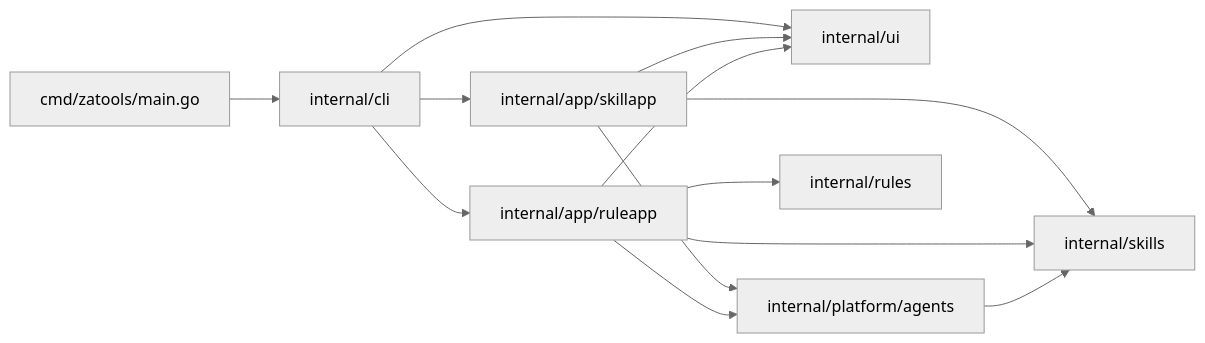
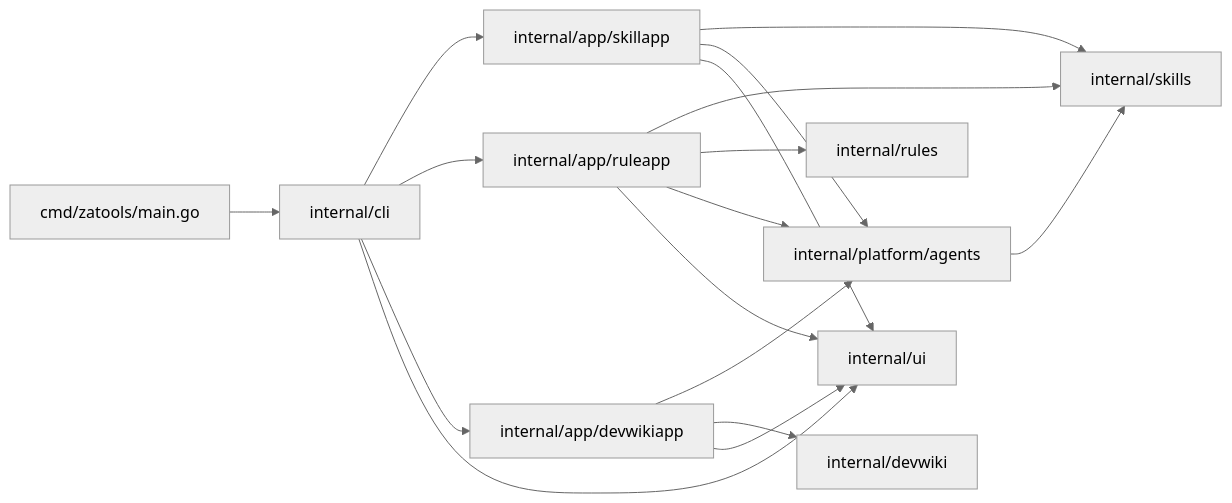
The first of 3 diagrams in README.md (JieWaZi/zatools), drawn with Mermaid (neutral theme) before and after one commit. The commit also changed other lines of this file and 71 other files, not shown here.

````diff
--- a/README.md
+++ b/README.md
@@ -220,15 +296,19 @@
 ```mermaid
 flowchart LR
     A[cmd/zatools/main.go] --> B[internal/cli]
     B --> C[internal/app/skillapp]
     B --> D[internal/app/ruleapp]
-    B --> E[internal/ui]
-    C --> F[internal/skills]
-    C --> G[internal/platform/agents]
-    C --> E
+    B --> E[internal/app/devwikiapp]
+    B --> F[internal/ui]
+    C --> G[internal/skills]
+    C --> H[internal/platform/agents]
+    C --> F
+    D --> G
+    D --> I[internal/rules]
+    D --> H
     D --> F
-    D --> H[internal/rules]
-    D --> G
-    D --> E
-    G --> F
+    E --> H
+    E --> J[internal/devwiki]
+    E --> F
+    H --> G
 ```
````
